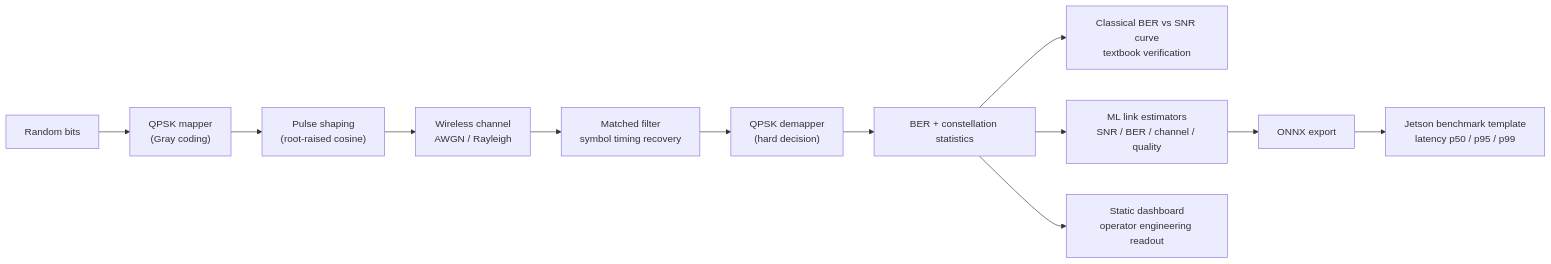
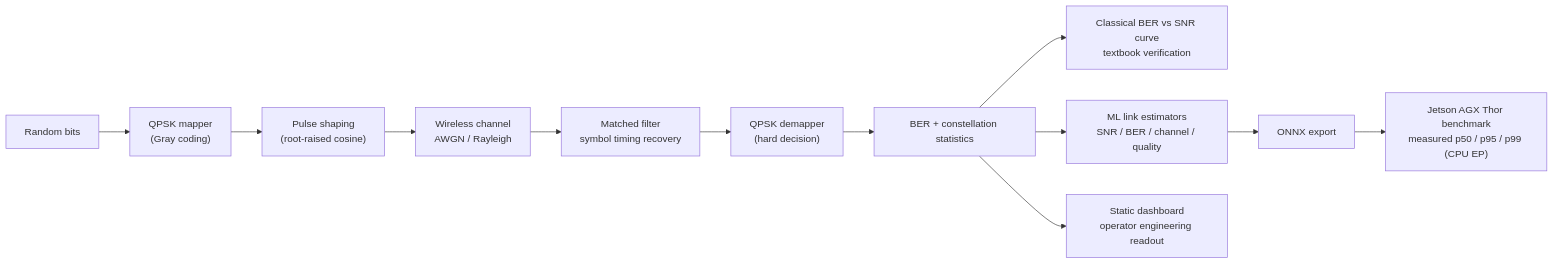
One commit to obiedeh/wireless-link-intelligence-system changed the diagram in README.md. Above: the diagram before and after it, drawn with Mermaid. The commit also changed other lines of this file and 8 other files, not shown here.

First line of the commit message:
Publish measured Jetson AGX Thor ONNX latency

````diff
--- a/README.md
+++ b/README.md
@@ -146,14 +146,14 @@
 ```mermaid
 flowchart LR
     A["Random bits"] --> B["QPSK mapper<br/>(Gray coding)"]
     B --> C["Pulse shaping<br/>(root-raised cosine)"]
     C --> D["Wireless channel<br/>AWGN / Rayleigh"]
     D --> E["Matched filter<br/>symbol timing recovery"]
     E --> F["QPSK demapper<br/>(hard decision)"]
     F --> G["BER + constellation statistics"]
     G --> H["Classical BER vs SNR curve<br/>textbook verification"]
     G --> I["ML link estimators<br/>SNR / BER / channel / quality"]
     I --> J["ONNX export"]
-    J --> K["Jetson benchmark template<br/>latency p50 / p95 / p99"]
+    J --> K["Jetson AGX Thor benchmark<br/>measured p50 / p95 / p99 (CPU EP)"]
     G --> L["Static dashboard<br/>operator engineering readout"]
 ```
````
